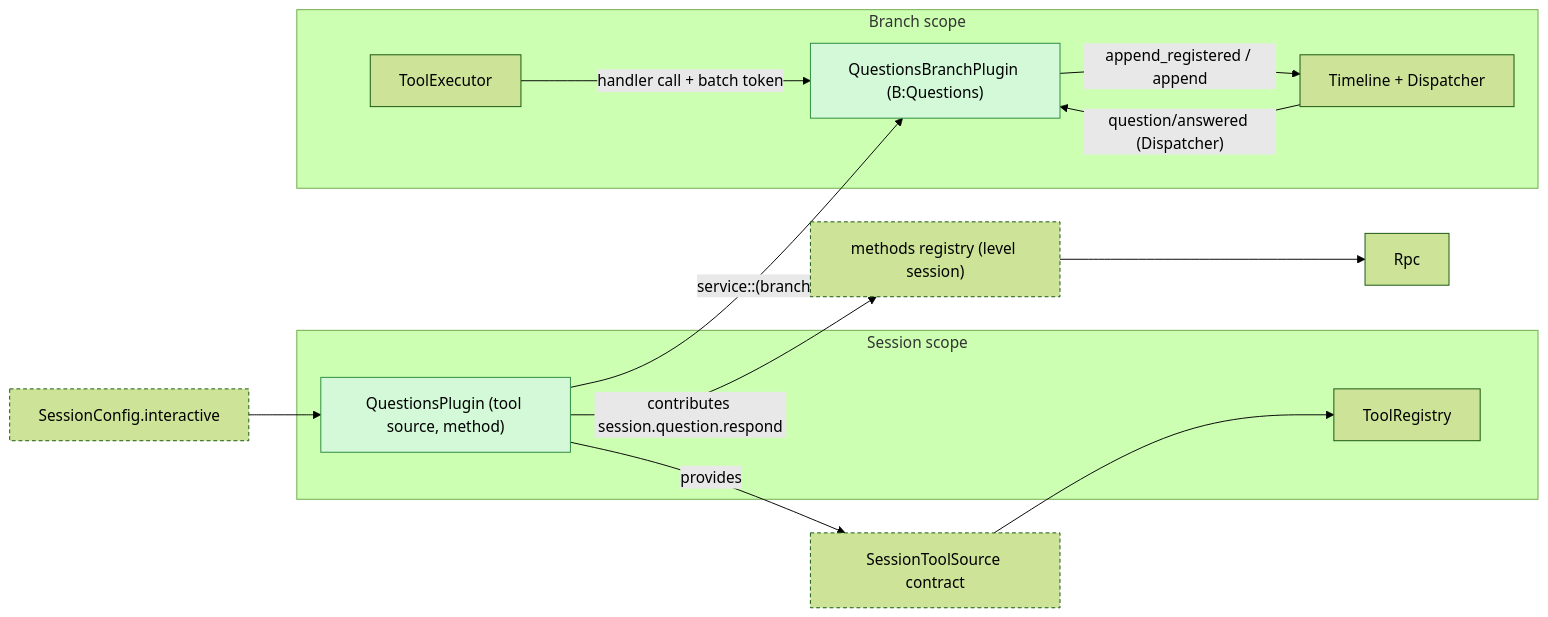
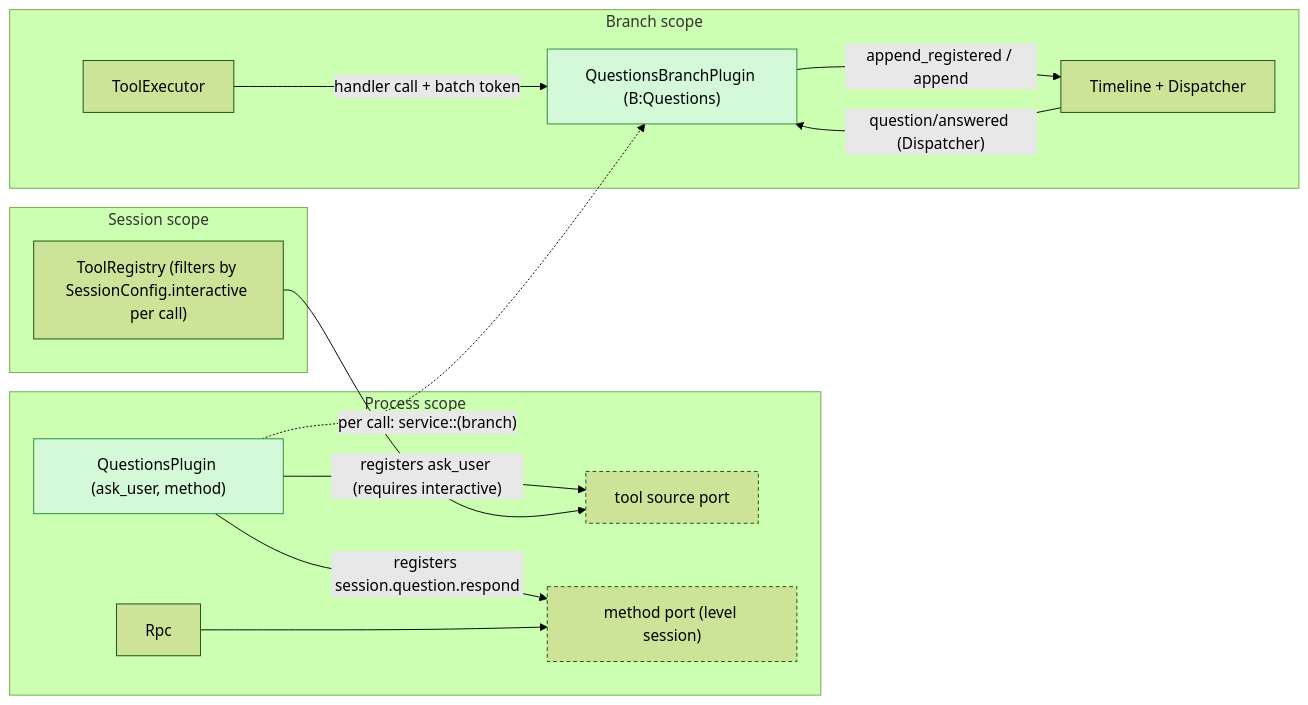
Before and after one commit to CoutinhoTTS/dim-agent: the first of 6 diagrams in docs/design/plugins/Questions.md, drawn with Mermaid (forest theme). The commit also changed other lines of this file and 3 other files, not shown here.

````diff
--- a/docs/design/plugins/Questions.md
+++ b/docs/design/plugins/Questions.md
@@ -9,27 +9,27 @@
 ```mermaid
 flowchart LR
+  subgraph P["Process scope"]
+    QP["QuestionsPlugin (ask_user, method)"]:::new
+    PT["tool source port"]:::contract
+    MP["method port (level session)"]:::contract
+    RPC["Rpc"]
+  end
   subgraph S["Session scope"]
-    QP["QuestionsPlugin (tool source, method)"]:::new
-    TR["ToolRegistry"]
+    TR["ToolRegistry (filters by SessionConfig.interactive per call)"]
   end
   subgraph B["Branch scope"]
     QB["QuestionsBranchPlugin (B:Questions)"]:::new
     TE["ToolExecutor"]
     TL["Timeline + Dispatcher"]
   end
-  RPC["Rpc"]
-  MC["methods registry (level session)"]:::contract
-  SC["SessionConfig.interactive"]:::contract
-  STS["SessionToolSource contract"]:::contract
-  SC --> QP
-  QP -- "provides" --> STS
-  STS --> TR
-  QP -- "contributes session.question.respond" --> MC
-  MC --> RPC
-  QP -- "service::<Questions>(branch)" --> QB
+  QP -- "registers ask_user (requires interactive)" --> PT
+  TR --> PT
+  QP -- "registers session.question.respond" --> MP
+  RPC --> MP
+  QP -. "per call: service::<Questions>(branch)" .-> QB
   TE -- "handler call + batch token" --> QB
   QB -- "append_registered / append" --> TL
   TL -- "question/answered (Dispatcher)" --> QB
   classDef new fill:#d3f9d8,stroke:#2b8a3e,color:#000
   classDef contract stroke-dasharray:4 3
 ```
````
